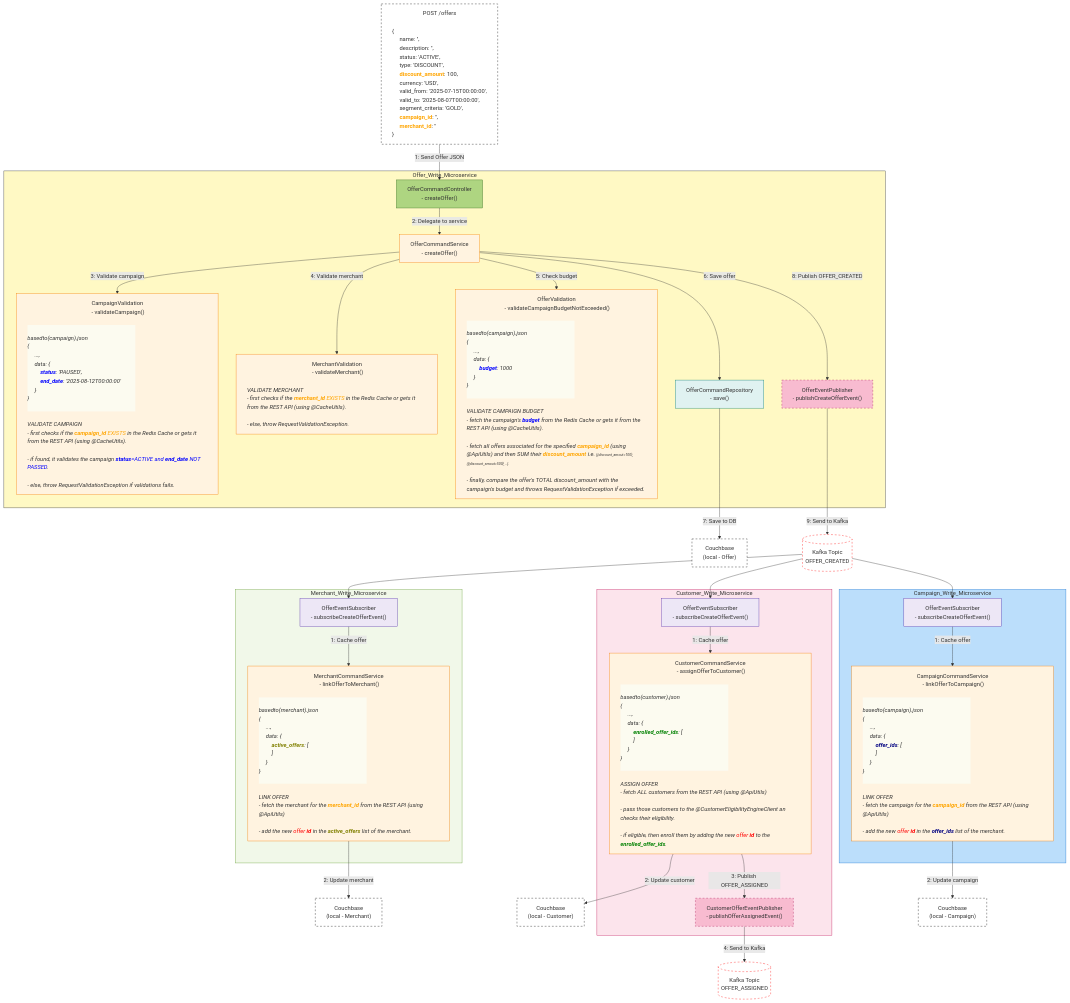
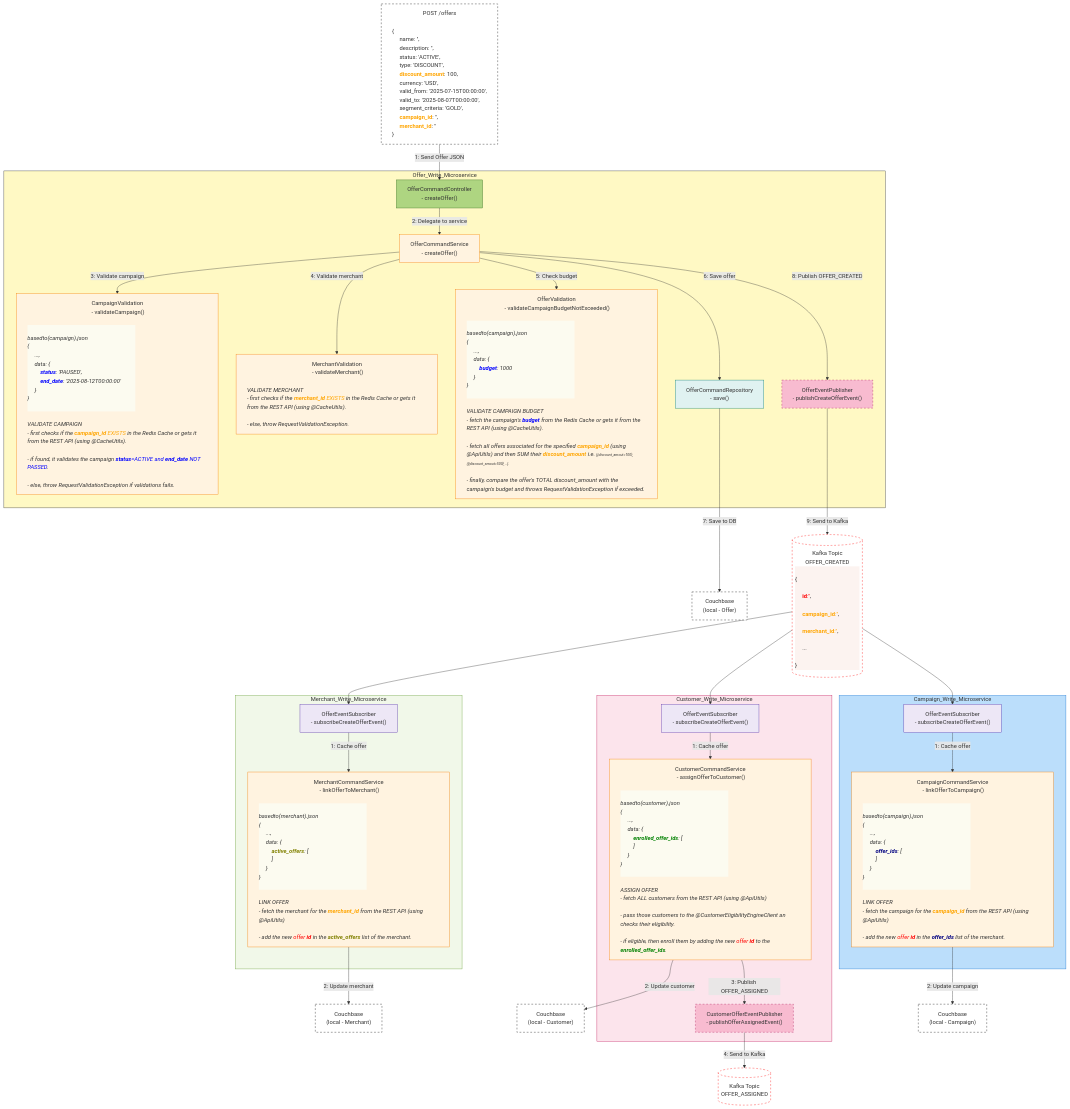
One commit to aakashkumar1980/apps-microservices changed the diagram in _readme_assets/offer_create.mmd. Above: the diagram before and after it, drawn with Mermaid.

Commit message:
code refactor

```diff
--- a/_readme_assets/offer_create.mmd
+++ b/_readme_assets/offer_create.mmd
@@ -157,7 +157,17 @@
 COUCHBASE_MERCHANT["Couchbase<br>(local - Merchant)"]:::external
 COUCHBASE_CUSTOMER["Couchbase<br>(local - Customer)"]:::external
 COUCHBASE_CAMPAIGN["Couchbase<br>(local - Campaign)"]:::external
-KAFKA1[("Kafka Topic<br>OFFER_CREATED")]:::kafka
+
+KAFKA1[("Kafka Topic<br>OFFER_CREATED
+<div style='text-align:left; background-color:rgb(252, 243, 240); width:180px;'>
+{<br>
+#emsp; <font color=red><b>id</b>:''</font>, <br>
+#emsp; <font color=orange><b>campaign_id</b>:''</font>, <br>
+#emsp; <font color=orange><b>merchant_id</b>:''</font>, <br>
+#emsp; ... <br>
+}
+</div>
+")]:::kafka
 KAFKA2[("Kafka Topic<br>OFFER_ASSIGNED")]:::kafka
 
 %% Flow Steps (Main Command Flow)
```
